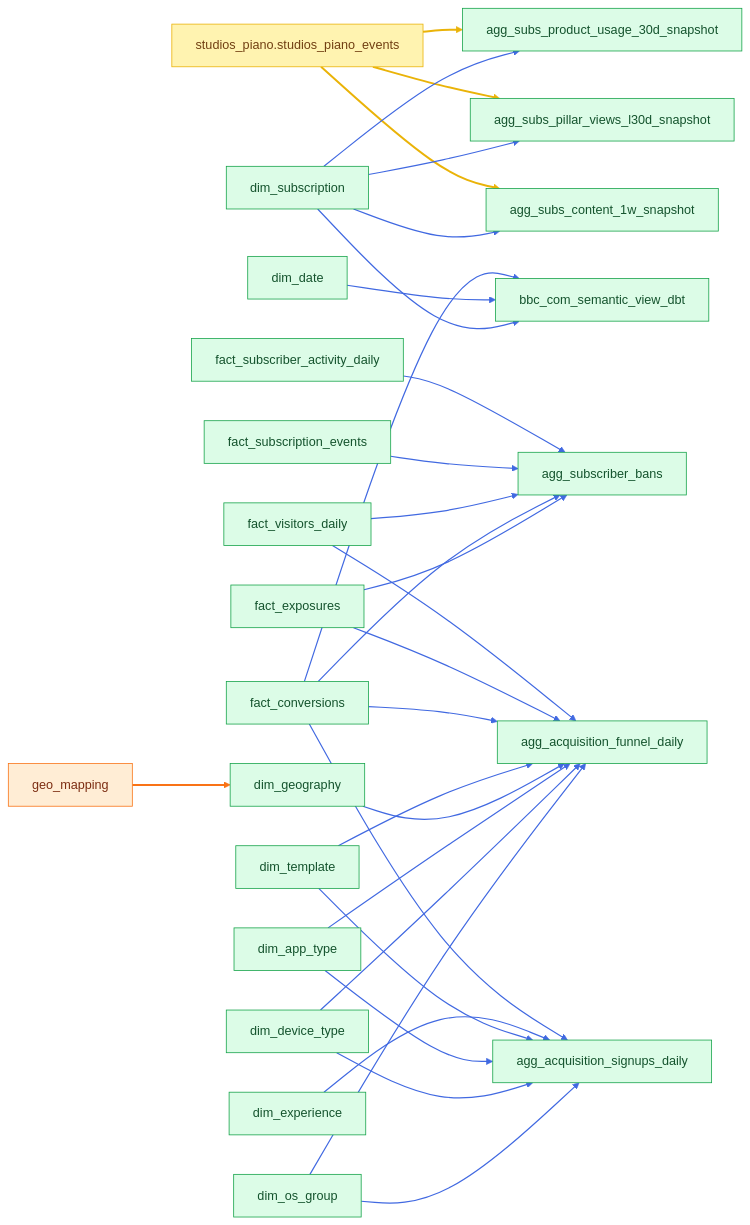
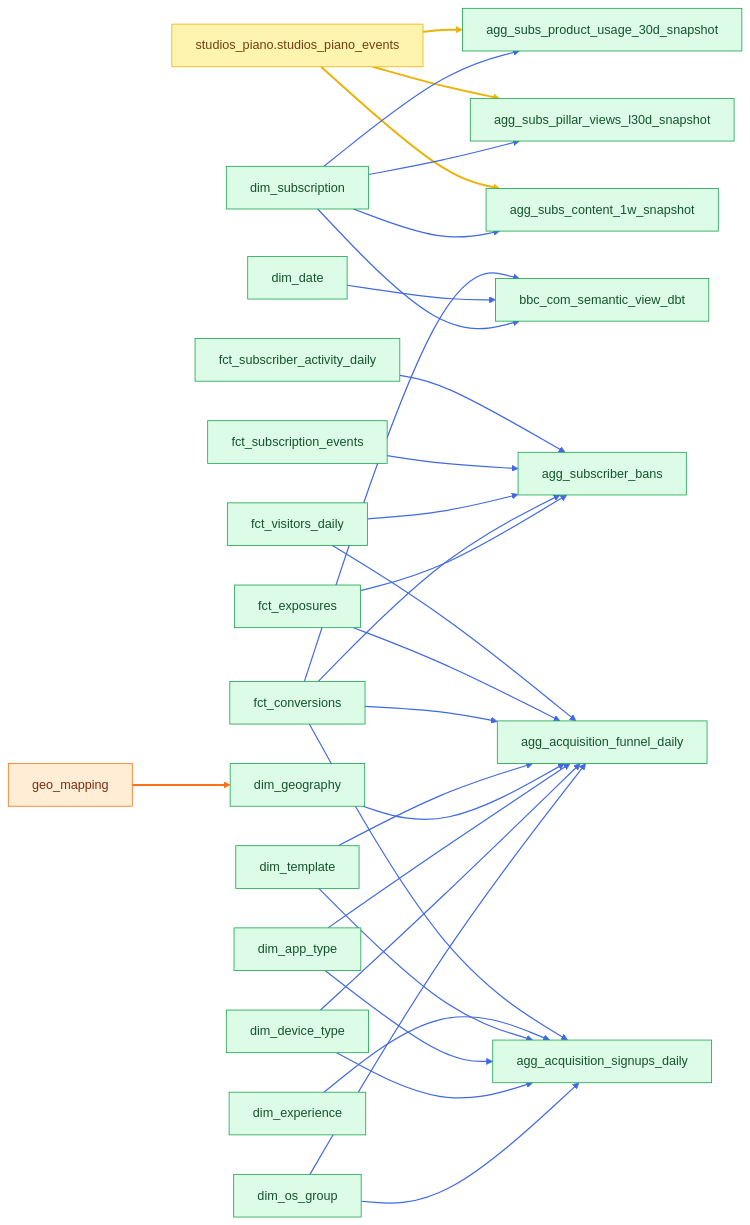
Before and after one commit to angelatanbbc/angela_bbc: the fourth of 5 diagrams in docs/lineage.md, drawn with Mermaid (base theme). The commit also changed other lines of this file and 99 other files, not shown here.

````diff
--- a/docs/lineage.md
+++ b/docs/lineage.md
@@ -131,38 +131,38 @@
 ```mermaid
 graph LR
     classDef source fill:#fff3b0,stroke:#eab308,color:#713f12
     classDef seed fill:#ffedd5,stroke:#f97316,color:#7c2d12
     classDef mart fill:#dcfce7,stroke:#16a34a,color:#14532d
     piano["studios_piano.studios_piano_events"]:::source --> content["agg_subs_content_1w_snapshot"]:::mart
     piano --> pillars["agg_subs_pillar_views_l30d_snapshot"]:::mart
     piano --> usage["agg_subs_product_usage_30d_snapshot"]:::mart
     subscription["dim_subscription"]:::mart --> content
     subscription --> pillars
     subscription --> usage
-    visitors["fact_visitors_daily"]:::mart --> funnel["agg_acquisition_funnel_daily"]:::mart
-    exposures["fact_exposures"]:::mart --> funnel
-    conversions["fact_conversions"]:::mart --> funnel
+    visitors["fct_visitors_daily"]:::mart --> funnel["agg_acquisition_funnel_daily"]:::mart
+    exposures["fct_exposures"]:::mart --> funnel
+    conversions["fct_conversions"]:::mart --> funnel
     template["dim_template"]:::mart --> funnel
     geography["dim_geography"]:::mart --> funnel
     app["dim_app_type"]:::mart --> funnel
     device["dim_device_type"]:::mart --> funnel
     os["dim_os_group"]:::mart --> funnel
     conversions --> signups["agg_acquisition_signups_daily"]:::mart
     experience["dim_experience"]:::mart --> signups
     template --> signups
     app --> signups
     device --> signups
     os --> signups
-    activity["fact_subscriber_activity_daily"]:::mart --> bans["agg_subscriber_bans"]:::mart
-    events["fact_subscription_events"]:::mart --> bans
+    activity["fct_subscriber_activity_daily"]:::mart --> bans["agg_subscriber_bans"]:::mart
+    events["fct_subscription_events"]:::mart --> bans
     visitors --> bans
     conversions --> bans
     exposures --> bans
     conversions --> semantic["bbc_com_semantic_view_dbt"]:::mart
     date["dim_date"]:::mart --> semantic
     subscription --> semantic
     geo_seed["geo_mapping"]:::seed --> geography
     linkStyle 0,1,2 stroke:#eab308,stroke-width:2.5px
     linkStyle 3,4,5,6,7,8,9,10,11,12,13,14,15,16,17,18,19,20,21,22,23,24,25,26,27 stroke:#4169e1,stroke-width:1.5px
     linkStyle 28 stroke:#f97316,stroke-width:2.5px
 ```
````
